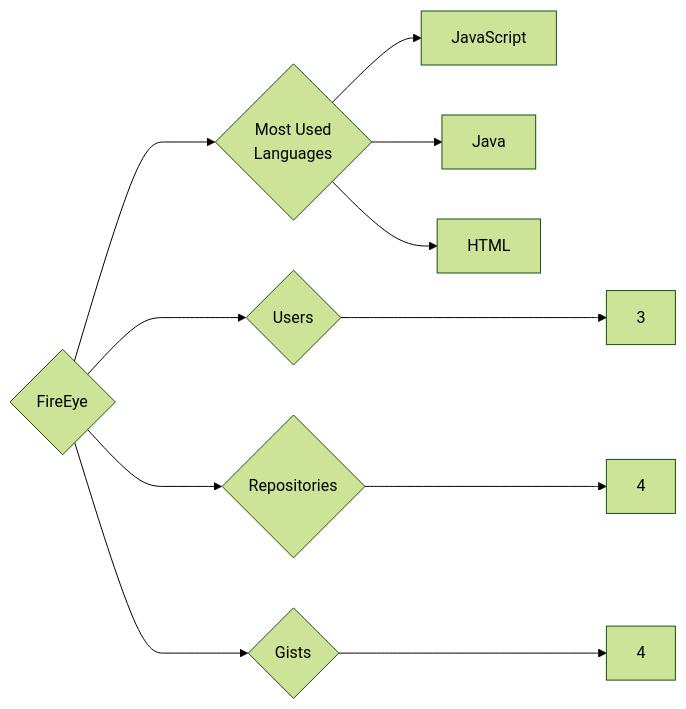
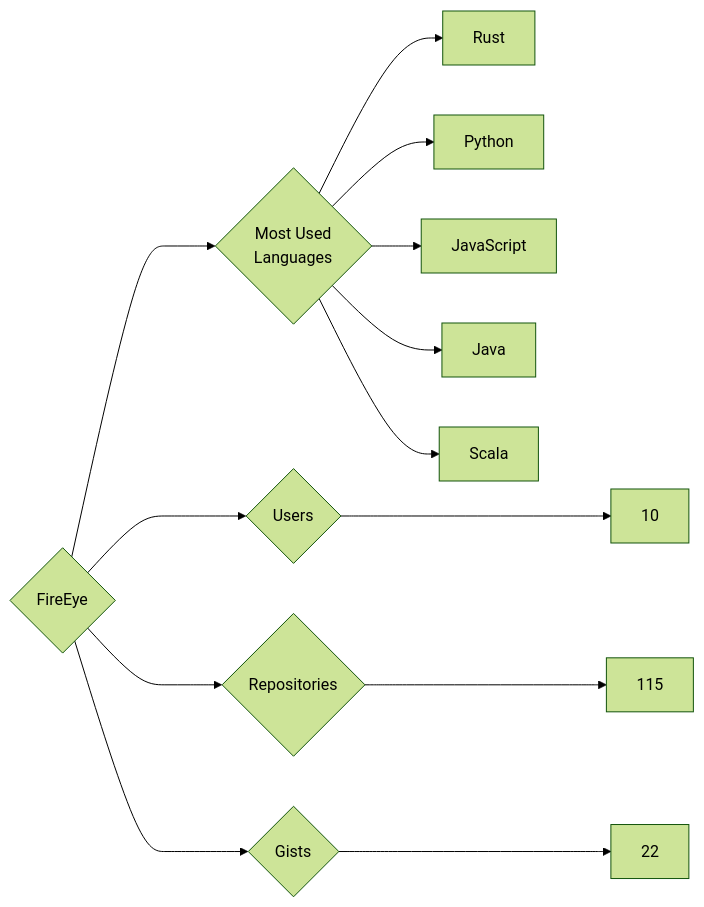
The diagram in targets/FireEye/README.md (trickest/insiders), drawn with Mermaid (forest theme) before and after one commit. The commit also changed 1314 other files, not shown here.

````diff
--- a/targets/FireEye/README.md
+++ b/targets/FireEye/README.md
@@ -3,11 +3,13 @@
 ```mermaid
 graph LR
 COMPANY_NAME{FireEye}
-COMPANY_NAME ---> U{Users} ---> UN[3]
-COMPANY_NAME ---> R{Repositories} ---> RN[4]
-COMPANY_NAME ---> G{Gists} ---> GN[4]
+COMPANY_NAME ---> U{Users} ---> UN[10]
+COMPANY_NAME ---> R{Repositories} ---> RN[115]
+COMPANY_NAME ---> G{Gists} ---> GN[22]
 COMPANY_NAME ---> ML{Most Used<br>Languages}
+ML --> Rust[Rust]
+ML --> Python[Python]
 ML --> JavaScript[JavaScript]
 ML --> Java[Java]
-ML --> HTML[HTML]
+ML --> Scala[Scala]
 ```
````
